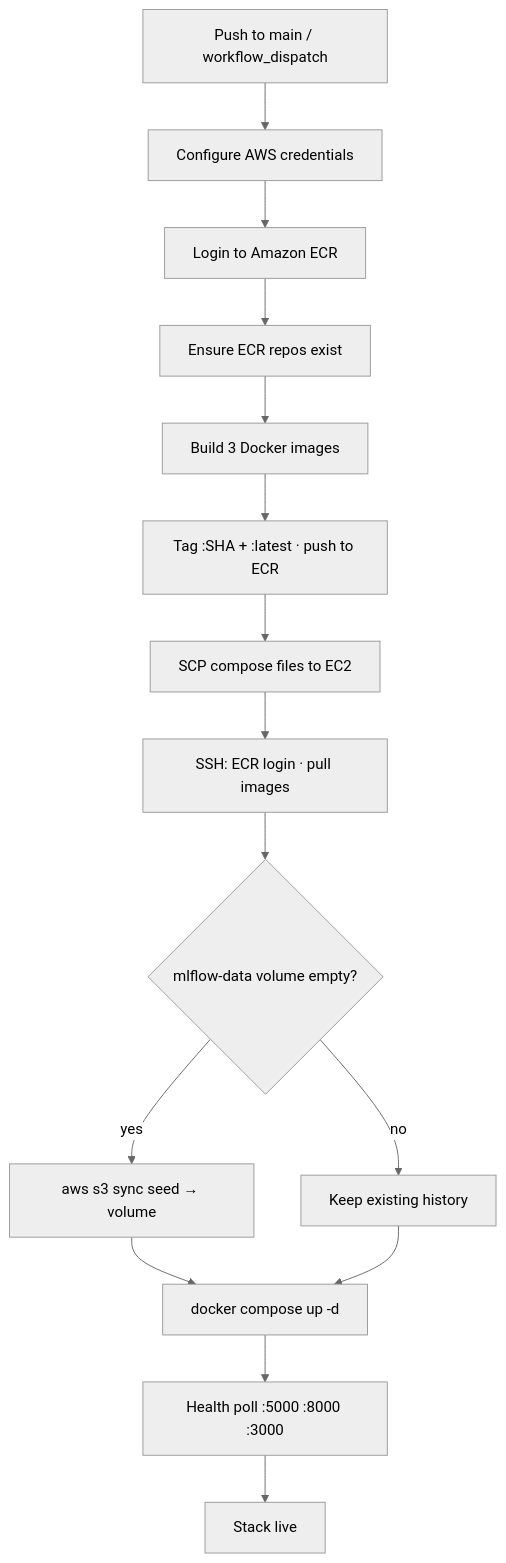
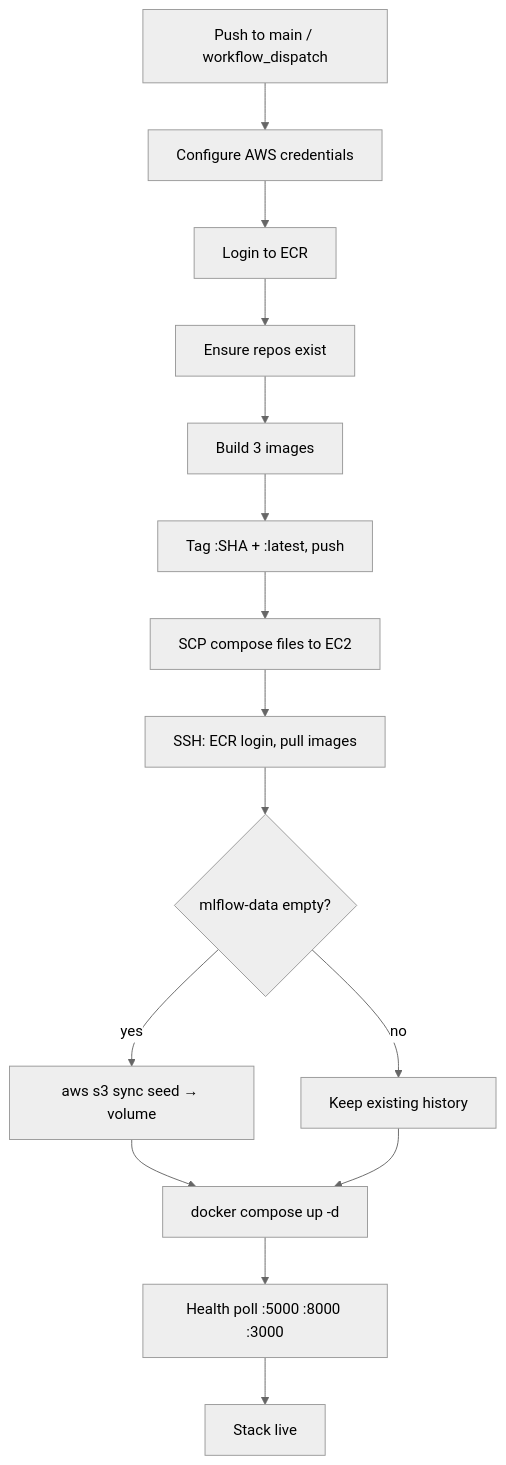
Before and after one commit to MuhammadNisarWCSS/Melanoma-Detection: the third of 3 diagrams in README.md, drawn with Mermaid (neutral theme). The commit also changed other lines of this file and 60 other files, not shown here.

````diff
--- a/README.md
+++ b/README.md
@@ -545,17 +542,12 @@
 ```mermaid
 flowchart TD
     A[Push to main / workflow_dispatch] --> B[Configure AWS credentials]
-    B --> C[Login to Amazon ECR]
-    C --> D[Ensure ECR repos exist]
-    D --> E[Build 3 Docker images]
-    E --> F[Tag :SHA + :latest · push to ECR]
-    F --> G[SCP compose files to EC2]
-    G --> H[SSH: ECR login · pull images]
-    H --> I{mlflow-data volume empty?}
+    B --> C[Login to ECR] --> D[Ensure repos exist] --> E[Build 3 images]
+    E --> F[Tag :SHA + :latest, push] --> G[SCP compose files to EC2]
+    G --> H[SSH: ECR login, pull images] --> I{mlflow-data empty?}
     I -->|yes| J[aws s3 sync seed → volume]
     I -->|no| K[Keep existing history]
     J --> L[docker compose up -d]
     K --> L
-    L --> M[Health poll :5000 :8000 :3000]
-    M --> N[Stack live]
+    L --> M[Health poll :5000 :8000 :3000] --> N[Stack live]
 ```
````
